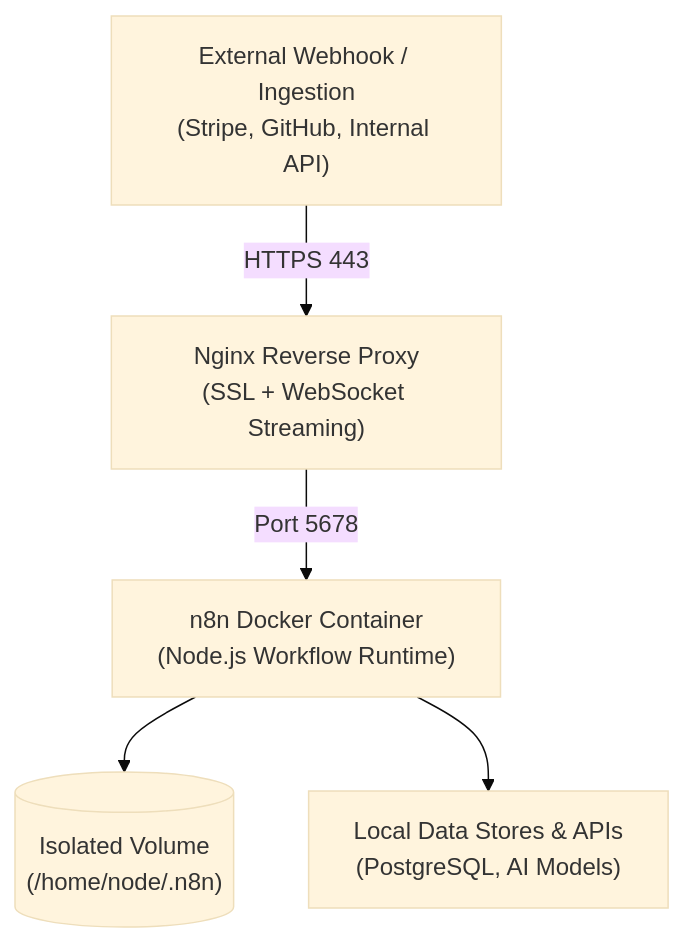
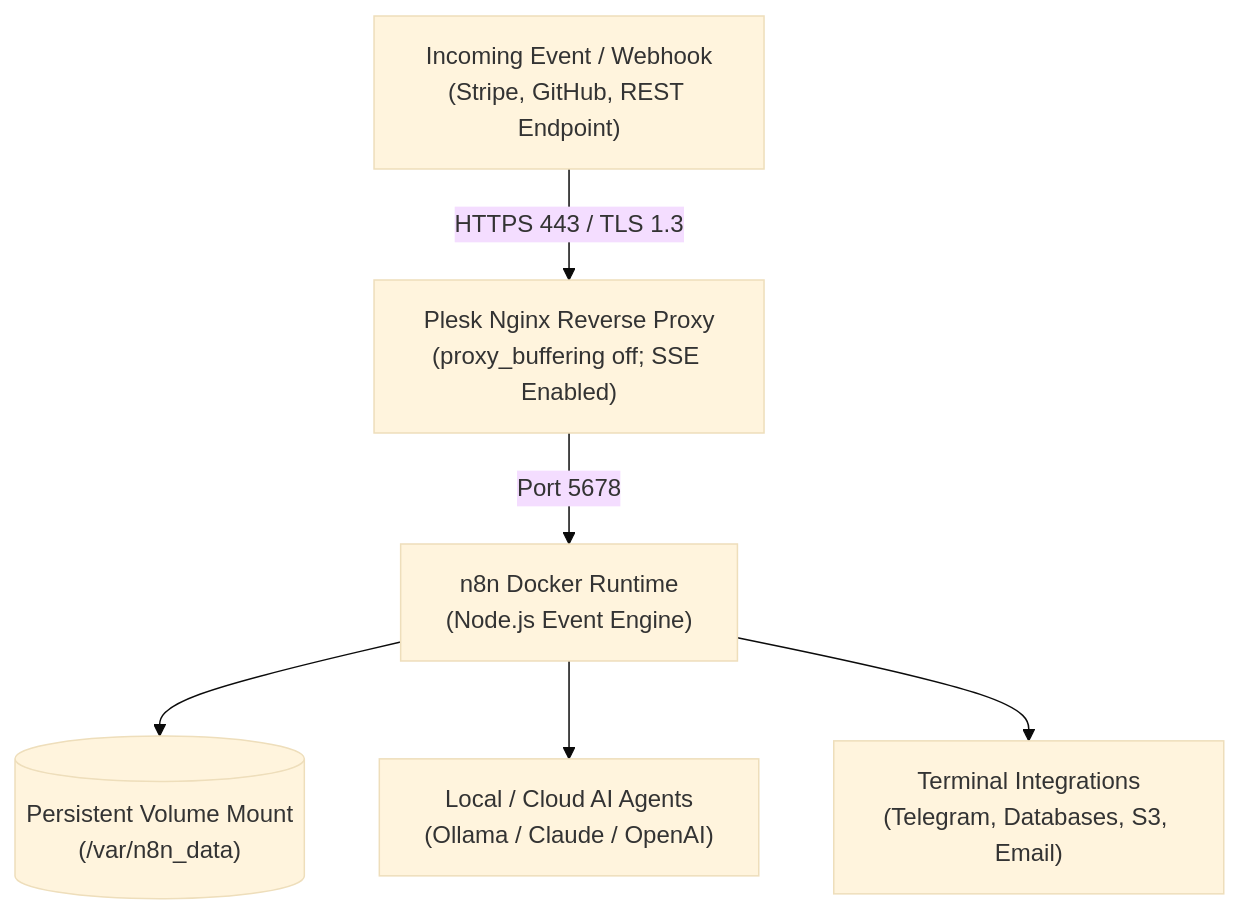
One commit to oaonuraksoy/oaonuraksoy changed the diagram in src/content/broadcasts/en/n8n-docker-plesk-kurulumu.md. Above: the diagram before and after it, drawn with Mermaid (base theme). The commit also changed other lines of this file and 28 other files, not shown here.

Commit message:
feat(broadcasts): humanize 10 video case studies, add vault assets, webp covers and faqpage schema

````diff
--- a/src/content/broadcasts/en/n8n-docker-plesk-kurulumu.md
+++ b/src/content/broadcasts/en/n8n-docker-plesk-kurulumu.md
@@ -36,7 +54,8 @@
 ```mermaid
 flowchart TD
-    Webhook["External Webhook / Ingestion<br/>(Stripe, GitHub, Internal API)"] -->|HTTPS 443| Nginx["Nginx Reverse Proxy<br/>(SSL + WebSocket Streaming)"]
-    Nginx -->|Port 5678| n8n["n8n Docker Container<br/>(Node.js Workflow Runtime)"]
-    n8n --> Storage[("Isolated Volume<br/>(/home/node/.n8n)")]
-    n8n --> DB["Local Data Stores & APIs<br/>(PostgreSQL, AI Models)"]
+    Webhook["Incoming Event / Webhook<br/>(Stripe, GitHub, REST Endpoint)"] -->|HTTPS 443 / TLS 1.3| Nginx["Plesk Nginx Reverse Proxy<br/>(proxy_buffering off; SSE Enabled)"]
+    Nginx -->|Port 5678| n8n["n8n Docker Runtime<br/>(Node.js Event Engine)"]
+    n8n --> Storage[("Persistent Volume Mount<br/>(/var/n8n_data)")]
+    n8n --> AI["Local / Cloud AI Agents<br/>(Ollama / Claude / OpenAI)"]
+    n8n --> Dest["Terminal Integrations<br/>(Telegram, Databases, S3, Email)"]
 ```
````
